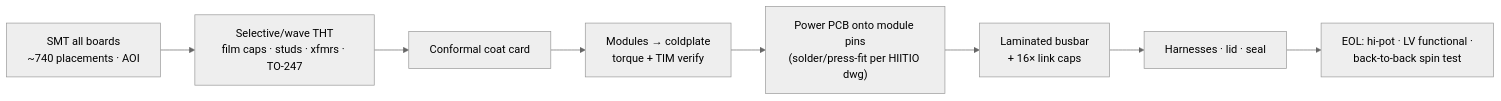
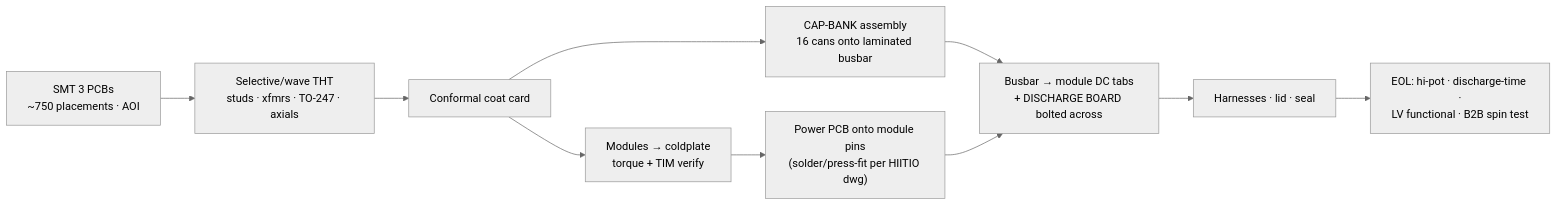
The seventh of 9 diagrams in README.md (vectivolt/Traction-Inverter-GEN-1), drawn with Mermaid (neutral theme) before and after one commit. The commit also changed other lines of this file and 37 other files, not shown here.

````diff
--- a/README.md
+++ b/README.md
@@ -399,10 +400,12 @@
 ```mermaid
 flowchart LR
-  A["SMT all boards<br/>~740 placements · AOI"] --> B["Selective/wave THT<br/>film caps · studs · xfmrs · TO-247"]
+  A["SMT 3 PCBs<br/>~750 placements · AOI"] --> B["Selective/wave THT<br/>studs · xfmrs · TO-247 · axials"]
   B --> C["Conformal coat card"]
-  C --> D["Modules → coldplate<br/>torque + TIM verify"]
-  D --> E["Power PCB onto module pins<br/>(solder/press-fit per HIITIO dwg)"]
-  E --> F["Laminated busbar<br/>+ 16× link caps"]
-  F --> G["Harnesses · lid · seal"]
-  G --> H["EOL: hi-pot · LV functional ·<br/>back-to-back spin test"]
+  C --> D["CAP-BANK assembly<br/>16 cans onto laminated busbar"]
+  C --> E["Modules → coldplate<br/>torque + TIM verify"]
+  E --> F["Power PCB onto module pins<br/>(solder/press-fit per HIITIO dwg)"]
+  D --> G["Busbar → module DC tabs<br/>+ DISCHARGE BOARD bolted across"]
+  F --> G
+  G --> H["Harnesses · lid · seal"]
+  H --> I["EOL: hi-pot · discharge-time ·<br/>LV functional · B2B spin test"]
 ```
````
